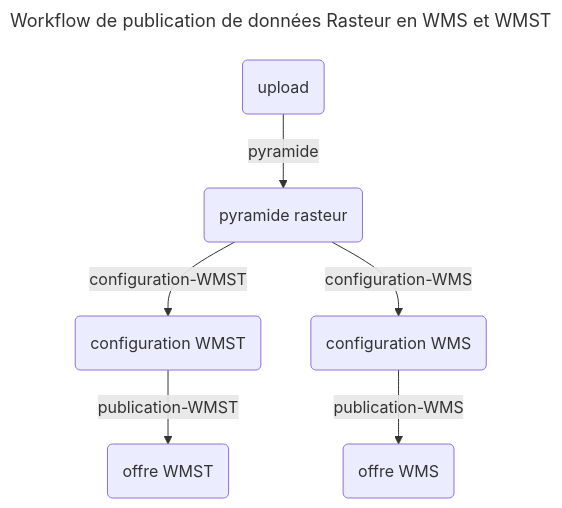
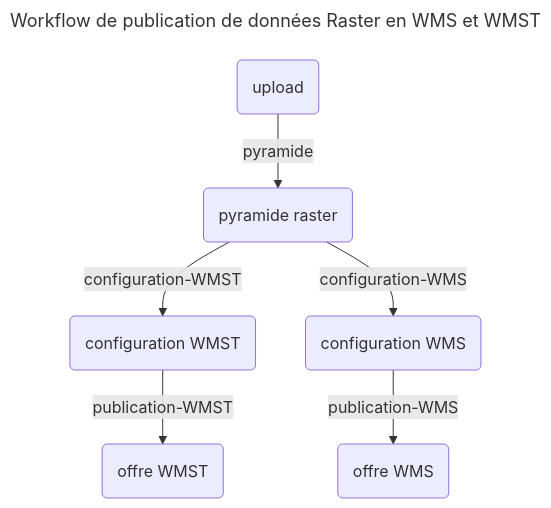
One commit to ignf-sidc/ignf-gpf-api changed the diagram in docs/tutoriel_3_flux_raster.md. Above: the diagram before and after it, drawn with Mermaid. The commit also changed other lines of this file and 2 other files, not shown here.

````diff
--- a/docs/tutoriel_3_flux_raster.md
+++ b/docs/tutoriel_3_flux_raster.md
@@ -82,12 +81,12 @@
 ```mermaid
 ---
-title: Workflow de publication de données Rasteur en WMS et WMST
+title: Workflow de publication de données Raster en WMS et WMST
 ---
 %% doc mermaid ici https://mermaid-js.github.io/mermaid/#/flowchart?id=flowcharts-basic-syntax
 flowchart TD
-    A("upload") -->|pyramide| B("pyramide rasteur")
+    A("upload") -->|pyramide| B("pyramide raster")
     B -->|configuration-WMST| C("configuration WMST")
     C -->|publication-WMST| D("offre WMST")
     B -->|configuration-WMS| E("configuration WMS")
     E -->|publication-WMS| F("offre WMS")
 ```
````
